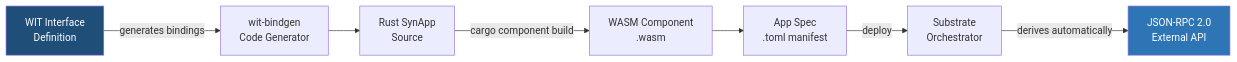
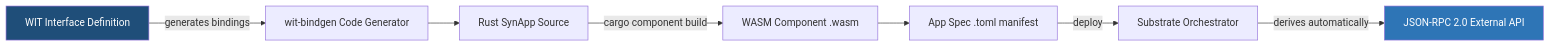
The seventh of 21 diagrams in docs/architecture.md (syneroym/syneroym), drawn with Mermaid before and after one commit. The commit also changed other lines of this file, not shown here.

````diff
--- a/docs/architecture.md
+++ b/docs/architecture.md
@@ -272,20 +271,20 @@
 ```mermaid
 flowchart LR
-    WIT[WIT Interface\nDefinition]
-    WB[wit-bindgen\nCode Generator]
-    RS[Rust SynApp\nSource]
-    WASM_C[WASM Component\n.wasm]
-    APP_SPEC[App Spec\n.toml manifest]
-    SUB[Substrate\nOrchestrator]
-    JRPC[JSON-RPC 2.0\nExternal API]
+    WIT[WIT Interface Definition]
+    WB[wit-bindgen Code Generator]
+    RS[Rust SynApp Source]
+    WASM_C[WASM Component .wasm]
+    APP_SPEC[App Spec .toml manifest]
+    SUB[Substrate Orchestrator]
+    JRPC[JSON-RPC 2.0 External API]
 
     WIT -->|generates bindings| WB
     WB --> RS
     RS -->|"cargo component build"| WASM_C
     WASM_C --> APP_SPEC
     APP_SPEC -->|deploy| SUB
     SUB -->|derives automatically| JRPC
 
     style WIT fill:#1F4E79,color:#fff
     style JRPC fill:#2E75B6,color:#fff
 ```
````
